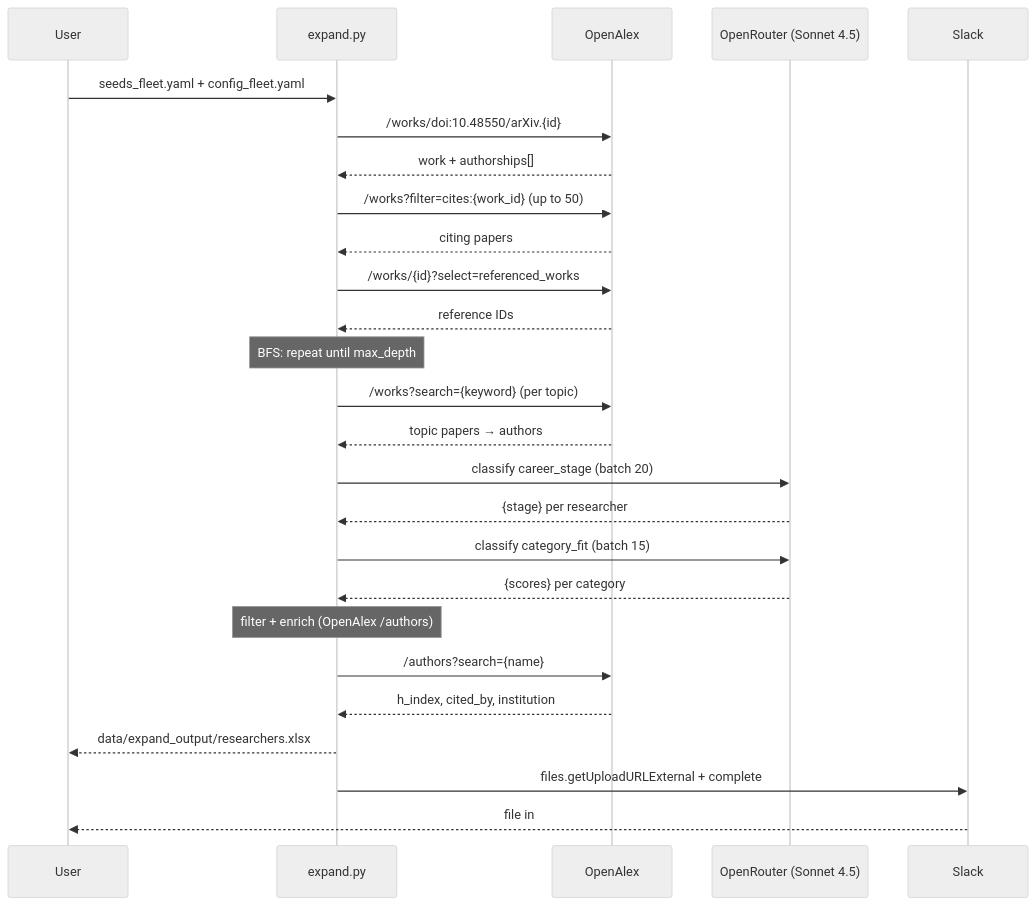
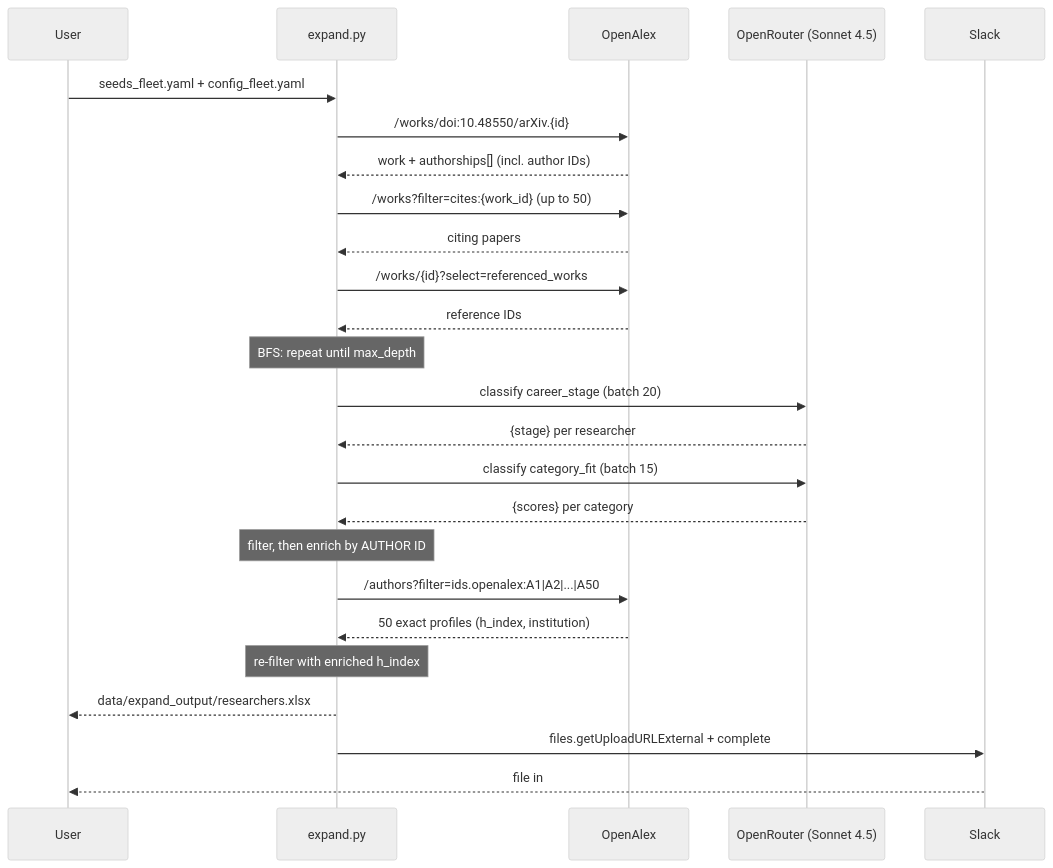
One commit to fleet-ai/researcher-scrape changed the second of 2 diagrams in PIPELINE.md. Above: the diagram before and after it, drawn with Mermaid (neutral theme). The commit also changed other lines of this file and 9 other files, not shown here.

````diff
--- a/PIPELINE.md
+++ b/PIPELINE.md
@@ -37,29 +39,28 @@
 ```mermaid
 sequenceDiagram
     participant U as User
     participant E as expand.py
     participant OA as OpenAlex
     participant OR as OpenRouter (Sonnet 4.5)
     participant SL as Slack
 
     U->>E: seeds_fleet.yaml + config_fleet.yaml
     E->>OA: /works/doi:10.48550/arXiv.{id}
-    OA-->>E: work + authorships[]
+    OA-->>E: work + authorships[] (incl. author IDs)
     E->>OA: /works?filter=cites:{work_id} (up to 50)
     OA-->>E: citing papers
     E->>OA: /works/{id}?select=referenced_works
     OA-->>E: reference IDs
     Note over E: BFS: repeat until max_depth
-    E->>OA: /works?search={keyword} (per topic)
-    OA-->>E: topic papers → authors
     E->>OR: classify career_stage (batch 20)
     OR-->>E: {stage} per researcher
     E->>OR: classify category_fit (batch 15)
     OR-->>E: {scores} per category
-    Note over E: filter + enrich (OpenAlex /authors)
-    E->>OA: /authors?search={name}
-    OA-->>E: h_index, cited_by, institution
+    Note over E: filter, then enrich by AUTHOR ID
+    E->>OA: /authors?filter=ids.openalex:A1|A2|...|A50
+    OA-->>E: 50 exact profiles (h_index, institution)
+    Note over E: re-filter with enriched h_index
     E-->>U: data/expand_output/researchers.xlsx
     E->>SL: files.getUploadURLExternal + complete
     SL-->>U: file in #hiring
 ```
````
